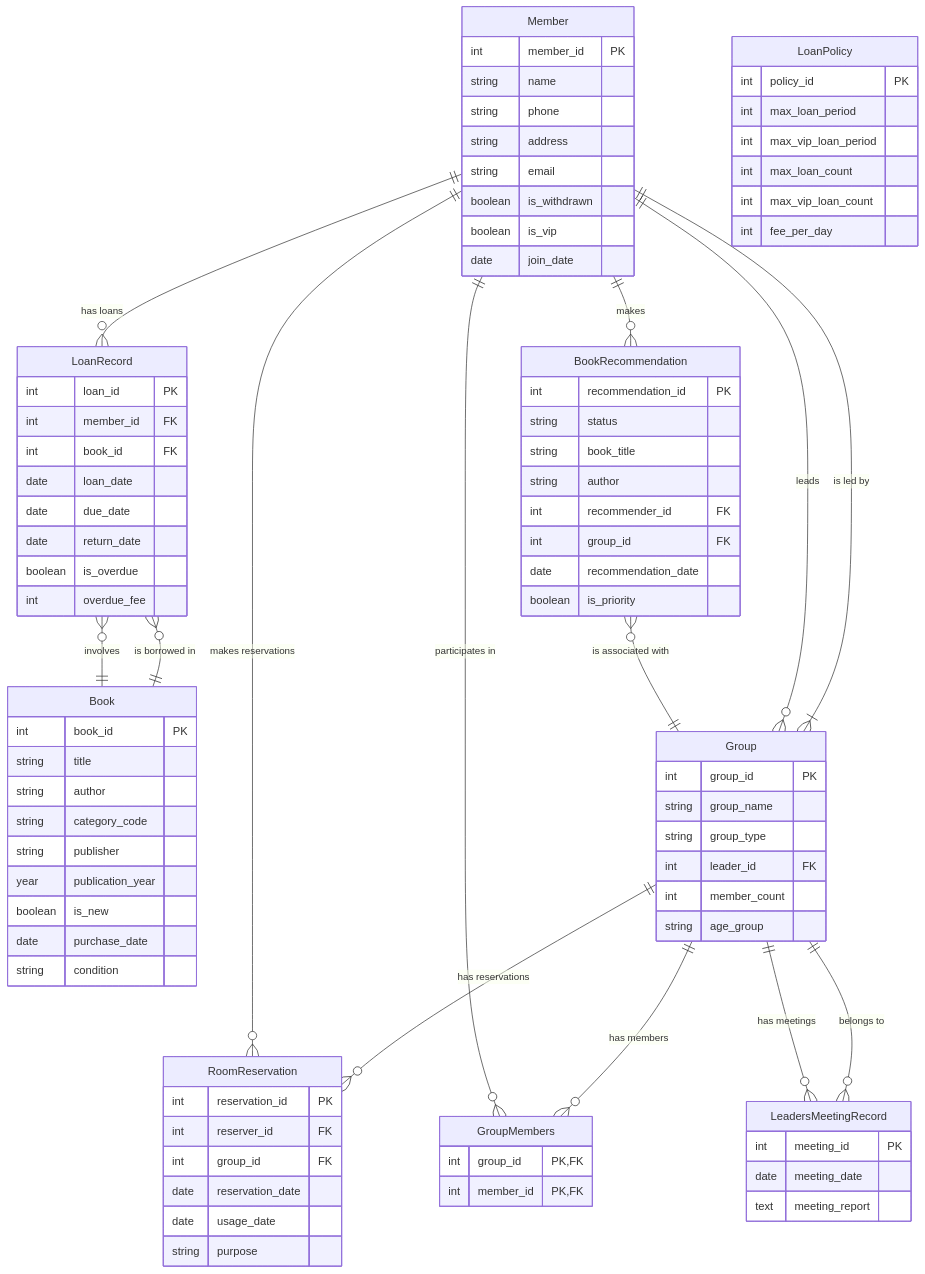
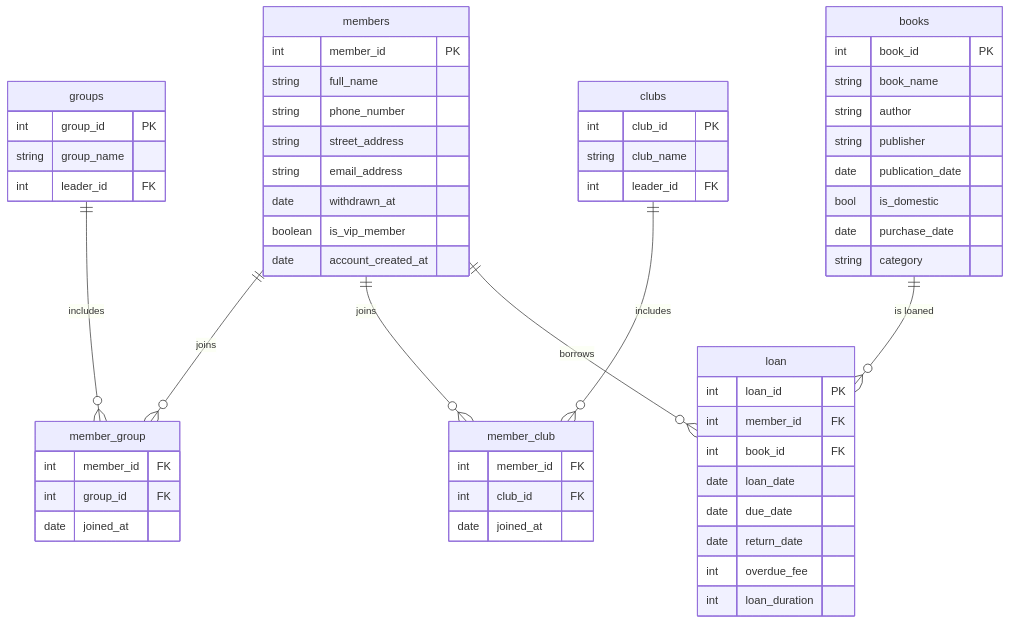
Before and after one commit to wontothree/library-managment-system: the diagram in README.md, drawn with Mermaid. The commit also changed 1 other file, not shown here.

````diff
--- a/README.md
+++ b/README.md
@@ -51,114 +60,75 @@
 ```mermaid
 erDiagram
-    %% 엔티티 정의
-    Member {
+    %% 멤버 테이블을 정의합니다.
+    members {
         int member_id PK
-        string name
-        string phone
-        string address
-        string email
-        boolean is_withdrawn
-        boolean is_vip
-        date join_date
+        string full_name
+        string phone_number
+        string street_address
+        string email_address
+        date withdrawn_at
+        boolean is_vip_member
+        date account_created_at
     }
 
-    Book {
-        int book_id PK
-        string title
-        string author
-        string category_code
-        string publisher
-        year publication_year
-        boolean is_new
-        date purchase_date
-        string condition
+    %% 그룹 테이블을 정의합니다.
+    groups {
+        int group_id PK
+        string group_name
+        int leader_id FK
     }
 
-    LoanRecord {
+    %% 멤버-그룹 관계를 정의합니다.
+    member_group {
+        int member_id FK
+        int group_id FK
+        date joined_at
+    }
+
+    %% 클럽 테이블을 정의합니다.
+    clubs {
+        int club_id PK
+        string club_name
+        int leader_id FK
+    }
+
+    %% 멤버-클럽 관계를 정의합니다.
+    member_club {
+        int member_id FK
+        int club_id FK
+        date joined_at
+    }
+
+    %% 도서 테이블을 정의합니다.
+    books {
+        int book_id PK
+        string book_name
+        string author
+        string publisher
+        date publication_date
+        bool is_domestic
+        date purchase_date
+        string category
+    }
+
+    %% 대출 테이블을 정의합니다.
+    loan {
         int loan_id PK
         int member_id FK
         int book_id FK
         date loan_date
         date due_date
         date return_date
-        boolean is_overdue
         int overdue_fee
-    }
-
-    LoanPolicy {
-        int policy_id PK
-        int max_loan_period
-        int max_vip_loan_period
-        int max_loan_count
-        int max_vip_loan_count
-        int fee_per_day
-    }
-
-    RoomReservation {
-        int reservation_id PK
-        int reserver_id FK
-        int group_id FK 
-        date reservation_date
-        date usage_date
-        string purpose
-    }
-
-    Group {
-        int group_id PK
-        string group_name
-        string group_type
-        int leader_id FK
-        int member_count
-        string age_group
-    }
-
-    GroupMembers {
-        int group_id PK, FK
-        int member_id PK, FK
-    }
-
-    BookRecommendation {
-        int recommendation_id PK
-        string status
-        string book_title
-        string author
-        int recommender_id FK
-        int group_id FK
-        date recommendation_date
-        boolean is_priority
-    }
-
-    LeadersMeetingRecord {
-        int meeting_id PK
-        date meeting_date
-        text meeting_report
+        int loan_duration  
     }
 
     %% 관계 정의
-    Member ||--o{ LoanRecord : "has loans"
-    LoanRecord }o--|| Book : "involves"
+    members ||--o{ member_group : "joins"
+    groups ||--o{ member_group : "includes"
+    members ||--o{ member_club : "joins"
+    clubs ||--o{ member_club : "includes"
+    members ||--o{ loan : "borrows"
+    books ||--o{ loan : "is loaned"
 
-    Member ||--o{ BookRecommendation : "makes"
-    BookRecommendation }o--|| Group : "is associated with"
-
-    Member ||--o{ RoomReservation : "makes reservations"
-    Group ||--o{ RoomReservation : "has reservations"
-
-    Member ||--o{ GroupMembers : "participates in"
-    Group ||--o{ GroupMembers : "has members"
-
-    Member ||--o{ Group : "leads"
-    Group }|--|| Member : "is led by"
-
-    Group ||--o{ LeadersMeetingRecord : "has meetings"
-    LeadersMeetingRecord }o--|| Group : "belongs to"
-
-    Book ||--o{ LoanRecord : "is borrowed in"
-
-    %% 추가 설명:
-    %% - Book 테이블의 condition은 ("NORMAL", "DAMAGED", "LOST", "REPAIR") 중 하나이다.
-    %% - Group 테이블의 group_type은 ("BookClub", "SmallGroup") 중 하나이다.
-    %% - BookRecommendation 테이블의 status는 ("WAIT", "ACCEPT", "DENY") 중 하나이다.
-    %% - GroupMembers 테이블은 Member와 Group 간의 N:M 관계 관리.
-    %% - RoomReservation의 group_id는 NULL 가능하며, 개인 예약 시 사용되지 않을 수 있음.
 ```
````
